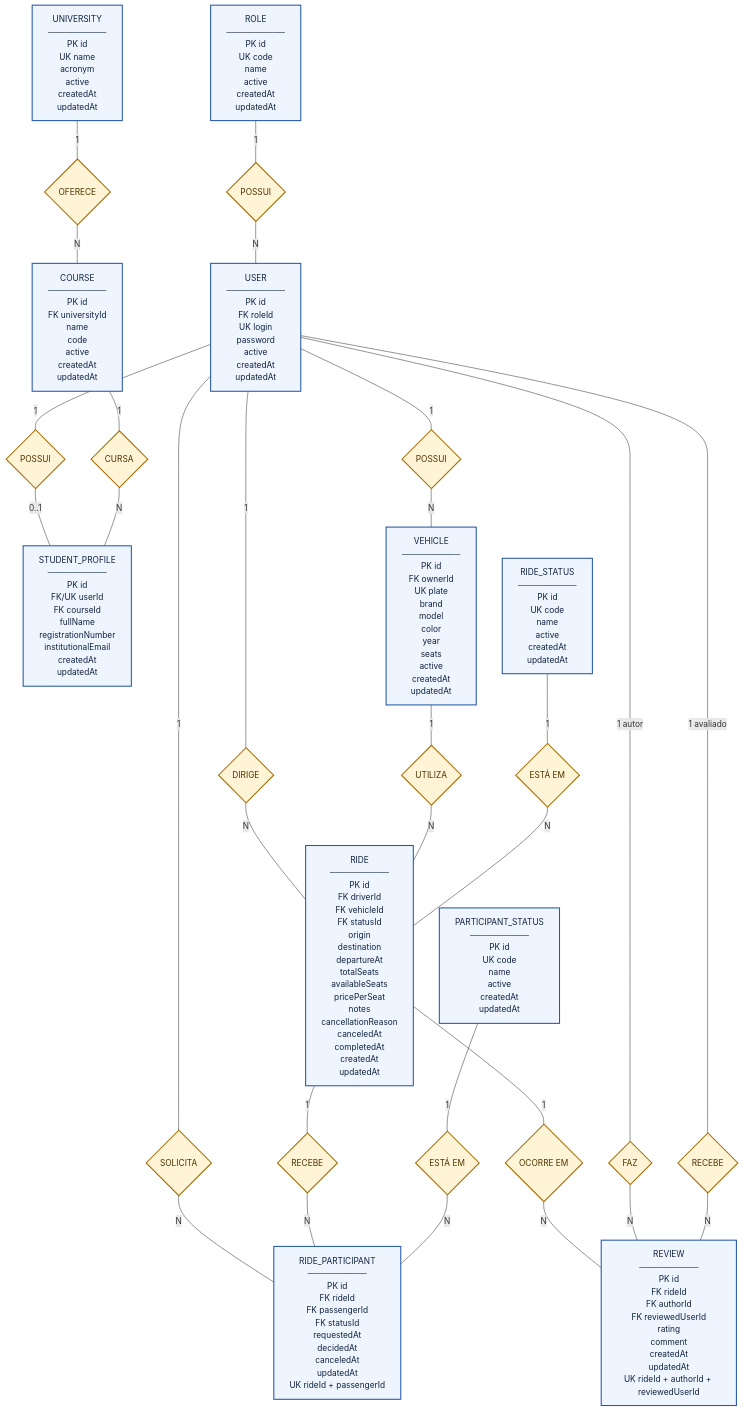
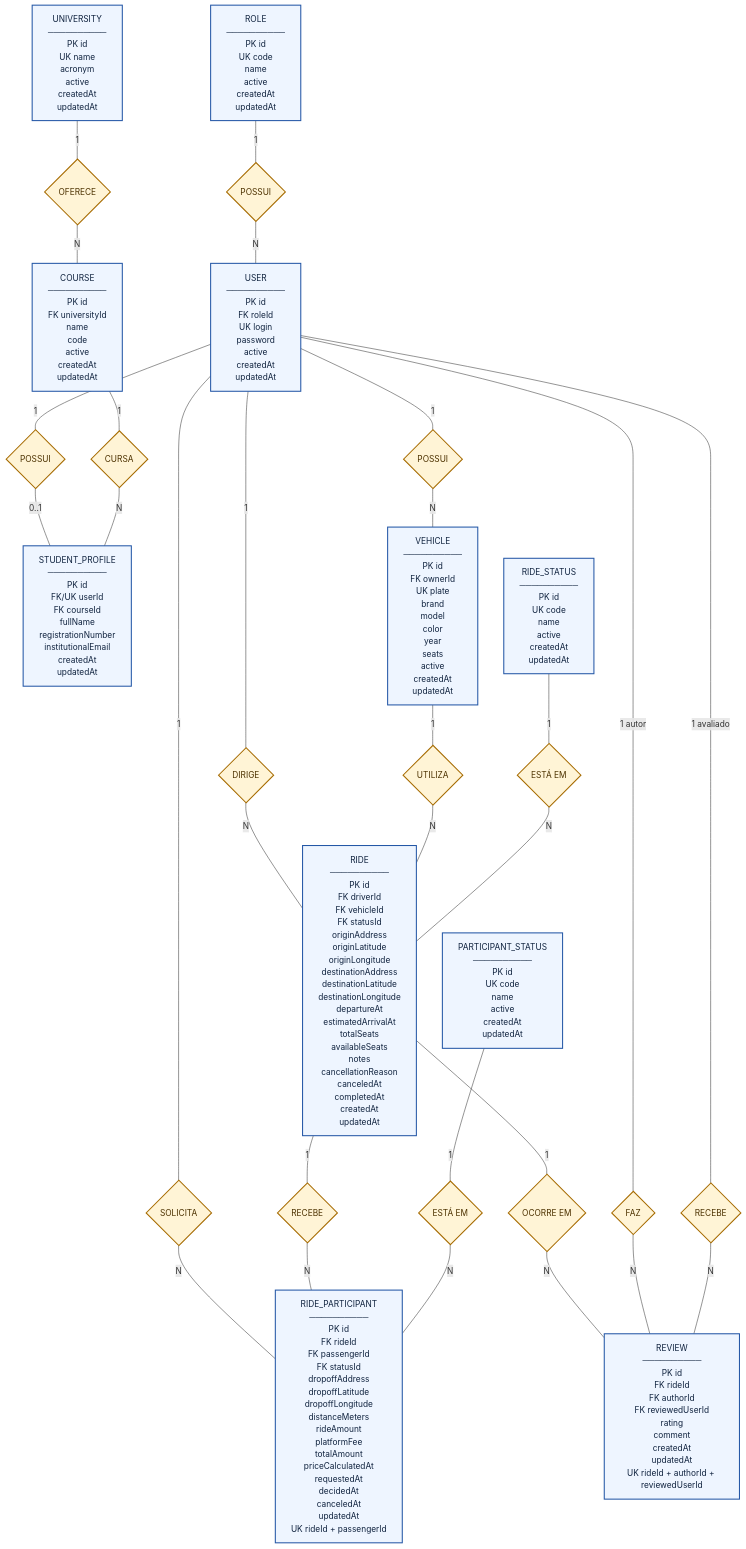
One commit to Renn4nn/carona-backend changed the diagram in docs/der-mvp.md. Above: the diagram before and after it, drawn with Mermaid. The commit also changed 13 other files, not shown here.

````diff
--- a/docs/der-mvp.md
+++ b/docs/der-mvp.md
@@ -9,76 +9,76 @@
 ```mermaid
 flowchart TB
   ROLE["ROLE<br/>──────────<br/>PK id<br/>UK code<br/>name<br/>active<br/>createdAt<br/>updatedAt"]
   USER["USER<br/>──────────<br/>PK id<br/>FK roleId<br/>UK login<br/>password<br/>active<br/>createdAt<br/>updatedAt"]
   UNIVERSITY["UNIVERSITY<br/>──────────<br/>PK id<br/>UK name<br/>acronym<br/>active<br/>createdAt<br/>updatedAt"]
   COURSE["COURSE<br/>──────────<br/>PK id<br/>FK universityId<br/>name<br/>code<br/>active<br/>createdAt<br/>updatedAt"]
   PROFILE["STUDENT_PROFILE<br/>──────────<br/>PK id<br/>FK/UK userId<br/>FK courseId<br/>fullName<br/>registrationNumber<br/>institutionalEmail<br/>createdAt<br/>updatedAt"]
   VEHICLE["VEHICLE<br/>──────────<br/>PK id<br/>FK ownerId<br/>UK plate<br/>brand<br/>model<br/>color<br/>year<br/>seats<br/>active<br/>createdAt<br/>updatedAt"]
   RIDE_STATUS["RIDE_STATUS<br/>──────────<br/>PK id<br/>UK code<br/>name<br/>active<br/>createdAt<br/>updatedAt"]
-  RIDE["RIDE<br/>──────────<br/>PK id<br/>FK driverId<br/>FK vehicleId<br/>FK statusId<br/>origin<br/>destination<br/>departureAt<br/>totalSeats<br/>availableSeats<br/>pricePerSeat<br/>notes<br/>cancellationReason<br/>canceledAt<br/>completedAt<br/>createdAt<br/>updatedAt"]
+  RIDE["RIDE<br/>──────────<br/>PK id<br/>FK driverId<br/>FK vehicleId<br/>FK statusId<br/>originAddress<br/>originLatitude<br/>originLongitude<br/>destinationAddress<br/>destinationLatitude<br/>destinationLongitude<br/>departureAt<br/>estimatedArrivalAt<br/>totalSeats<br/>availableSeats<br/>notes<br/>cancellationReason<br/>canceledAt<br/>completedAt<br/>createdAt<br/>updatedAt"]
   PARTICIPANT_STATUS["PARTICIPANT_STATUS<br/>──────────<br/>PK id<br/>UK code<br/>name<br/>active<br/>createdAt<br/>updatedAt"]
-  PARTICIPANT["RIDE_PARTICIPANT<br/>──────────<br/>PK id<br/>FK rideId<br/>FK passengerId<br/>FK statusId<br/>requestedAt<br/>decidedAt<br/>canceledAt<br/>updatedAt<br/>UK rideId + passengerId"]
+  PARTICIPANT["RIDE_PARTICIPANT<br/>──────────<br/>PK id<br/>FK rideId<br/>FK passengerId<br/>FK statusId<br/>dropoffAddress<br/>dropoffLatitude<br/>dropoffLongitude<br/>distanceMeters<br/>rideAmount<br/>platformFee<br/>totalAmount<br/>priceCalculatedAt<br/>requestedAt<br/>decidedAt<br/>canceledAt<br/>updatedAt<br/>UK rideId + passengerId"]
   REVIEW["REVIEW<br/>──────────<br/>PK id<br/>FK rideId<br/>FK authorId<br/>FK reviewedUserId<br/>rating<br/>comment<br/>createdAt<br/>updatedAt<br/>UK rideId + authorId + reviewedUserId"]
 
   HAS_ROLE{"POSSUI"}
   HAS_PROFILE{"POSSUI"}
   OFFERS{"OFERECE"}
   ENROLLED{"CURSA"}
   OWNS{"POSSUI"}
   DRIVES{"DIRIGE"}
   USES{"UTILIZA"}
   RIDE_STATE{"ESTÁ EM"}
   REQUESTS{"SOLICITA"}
   HAS_REQUEST{"RECEBE"}
   REQUEST_STATE{"ESTÁ EM"}
   CONTEXT{"OCORRE EM"}
   WRITES{"FAZ"}
   RECEIVES{"RECEBE"}
 
   ROLE -- "1" --- HAS_ROLE
   HAS_ROLE -- "N" --- USER
 
   USER -- "1" --- HAS_PROFILE
   HAS_PROFILE -- "0..1" --- PROFILE
 
   UNIVERSITY -- "1" --- OFFERS
   OFFERS -- "N" --- COURSE
 
   COURSE -- "1" --- ENROLLED
   ENROLLED -- "N" --- PROFILE
 
   USER -- "1" --- OWNS
   OWNS -- "N" --- VEHICLE
 
   USER -- "1" --- DRIVES
   DRIVES -- "N" --- RIDE
 
   VEHICLE -- "1" --- USES
   USES -- "N" --- RIDE
 
   RIDE_STATUS -- "1" --- RIDE_STATE
   RIDE_STATE -- "N" --- RIDE
 
   USER -- "1" --- REQUESTS
   REQUESTS -- "N" --- PARTICIPANT
 
   RIDE -- "1" --- HAS_REQUEST
   HAS_REQUEST -- "N" --- PARTICIPANT
 
   PARTICIPANT_STATUS -- "1" --- REQUEST_STATE
   REQUEST_STATE -- "N" --- PARTICIPANT
 
   RIDE -- "1" --- CONTEXT
   CONTEXT -- "N" --- REVIEW
 
   USER -- "1 autor" --- WRITES
   WRITES -- "N" --- REVIEW
 
   USER -- "1 avaliado" --- RECEIVES
   RECEIVES -- "N" --- REVIEW
 
   classDef entity fill:#eef5ff,stroke:#2457a6,stroke-width:2px,color:#10233f;
   classDef relationship fill:#fff4d6,stroke:#a66b00,stroke-width:2px,color:#4d3200;
   class ROLE,USER,UNIVERSITY,COURSE,PROFILE,VEHICLE,RIDE_STATUS,RIDE,PARTICIPANT_STATUS,PARTICIPANT,REVIEW entity;
   class HAS_ROLE,HAS_PROFILE,OFFERS,ENROLLED,OWNS,DRIVES,USES,RIDE_STATE,REQUESTS,HAS_REQUEST,REQUEST_STATE,CONTEXT,WRITES,RECEIVES relationship;
 ```
````
